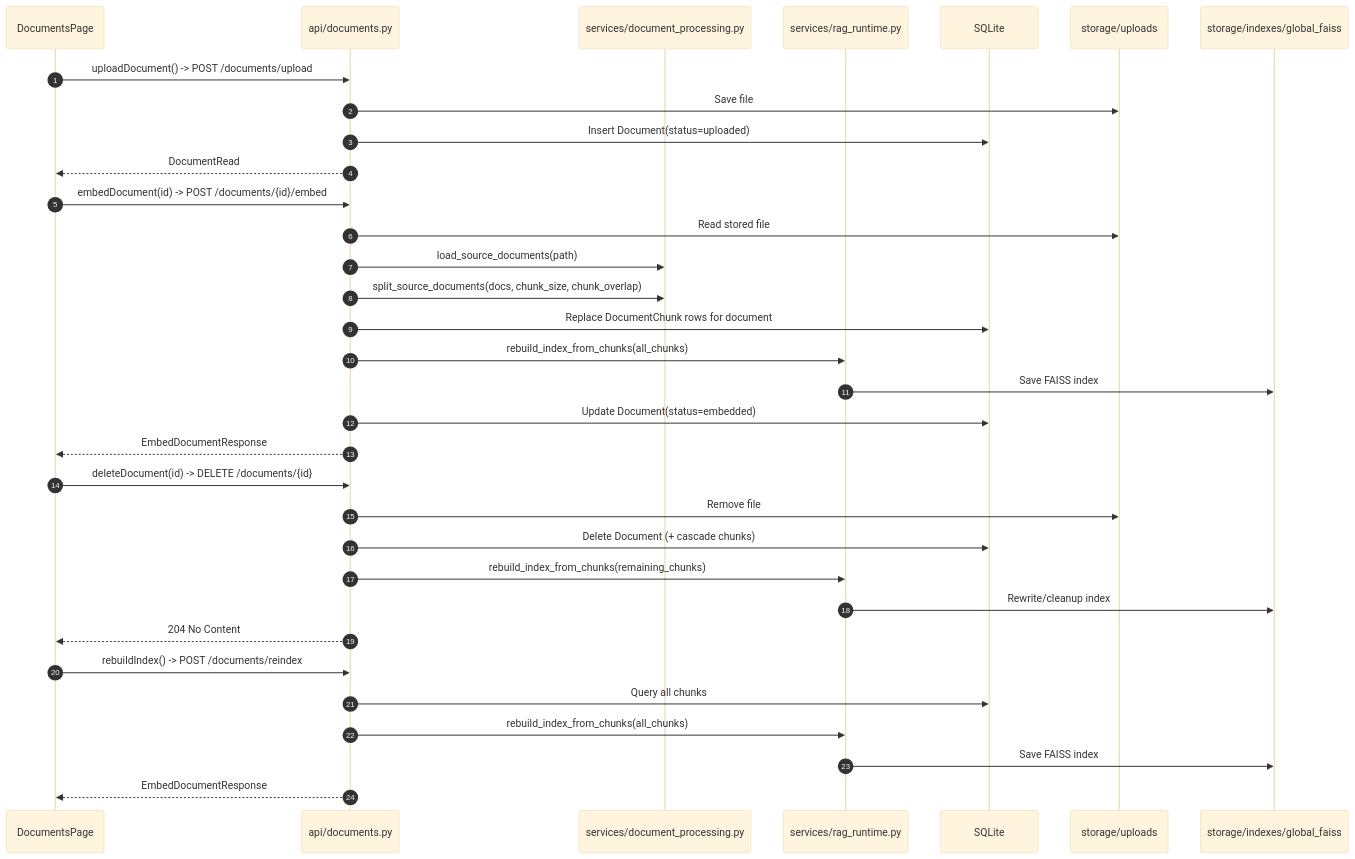
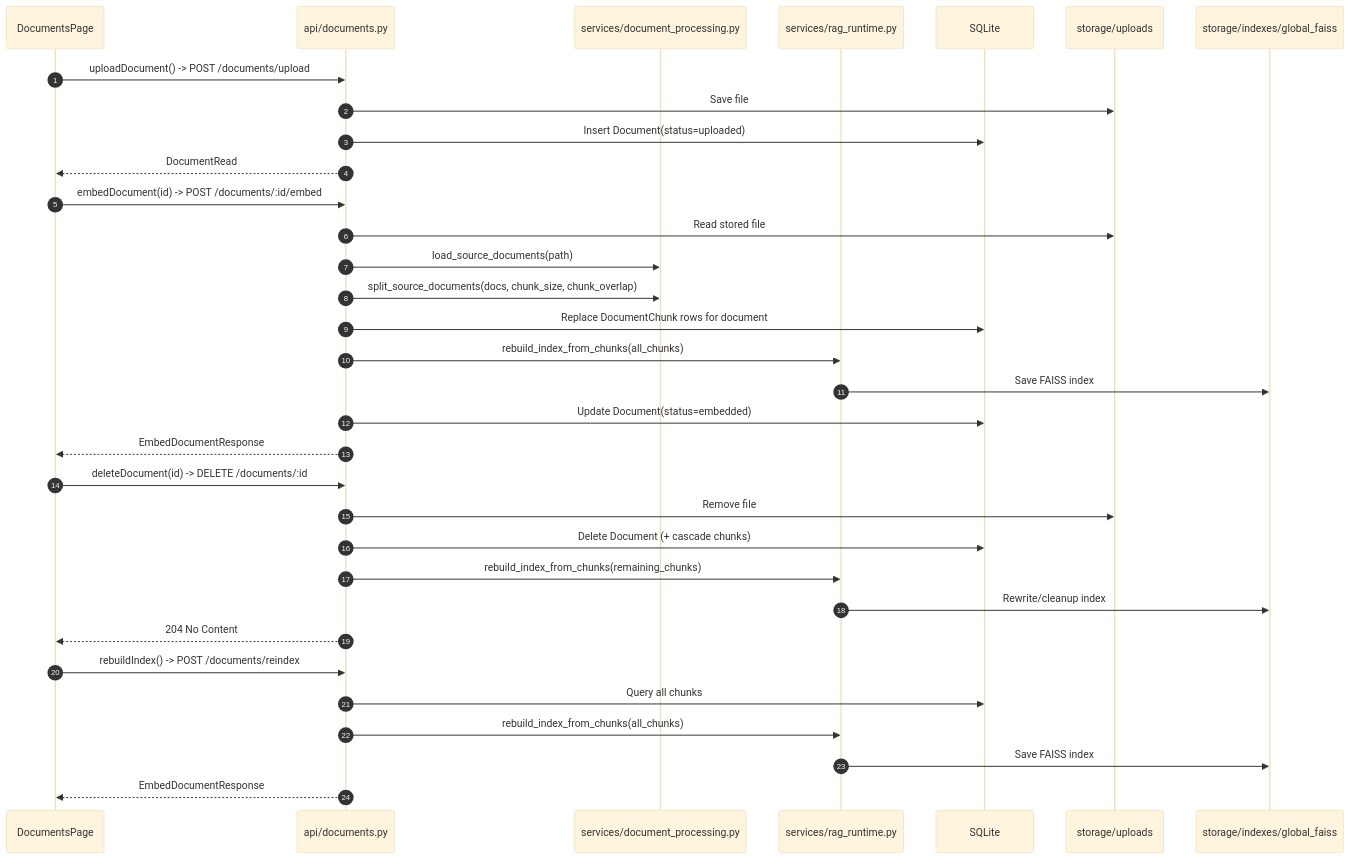
One commit to danhhieu204ns/rag_agentic changed the second of 5 diagrams in docs/system_flow_mermaid.md. Above: the diagram before and after it, drawn with Mermaid (base theme). The commit also changed other lines of this file, not shown here.

Commit message:
docs: add system flow documentation using mermaid diagrams

````diff
--- a/docs/system_flow_mermaid.md
+++ b/docs/system_flow_mermaid.md
@@ -137,39 +137,39 @@
 ```mermaid
 sequenceDiagram
   autonumber
   participant UI as DocumentsPage
   participant API as api/documents.py
   participant PROC as services/document_processing.py
   participant RAG as services/rag_runtime.py
   participant DB as SQLite
   participant FSU as storage/uploads
   participant FSI as storage/indexes/global_faiss
 
   UI->>API: uploadDocument() -> POST /documents/upload
   API->>FSU: Save file
   API->>DB: Insert Document(status=uploaded)
   API-->>UI: DocumentRead
 
-  UI->>API: embedDocument(id) -> POST /documents/{id}/embed
+  UI->>API: embedDocument(id) -> POST /documents/:id/embed
   API->>FSU: Read stored file
   API->>PROC: load_source_documents(path)
   API->>PROC: split_source_documents(docs, chunk_size, chunk_overlap)
   API->>DB: Replace DocumentChunk rows for document
   API->>RAG: rebuild_index_from_chunks(all_chunks)
   RAG->>FSI: Save FAISS index
   API->>DB: Update Document(status=embedded)
   API-->>UI: EmbedDocumentResponse
 
-  UI->>API: deleteDocument(id) -> DELETE /documents/{id}
+  UI->>API: deleteDocument(id) -> DELETE /documents/:id
   API->>FSU: Remove file
   API->>DB: Delete Document (+ cascade chunks)
   API->>RAG: rebuild_index_from_chunks(remaining_chunks)
   RAG->>FSI: Rewrite/cleanup index
   API-->>UI: 204 No Content
 
   UI->>API: rebuildIndex() -> POST /documents/reindex
   API->>DB: Query all chunks
   API->>RAG: rebuild_index_from_chunks(all_chunks)
   RAG->>FSI: Save FAISS index
   API-->>UI: EmbedDocumentResponse
 ```
````
